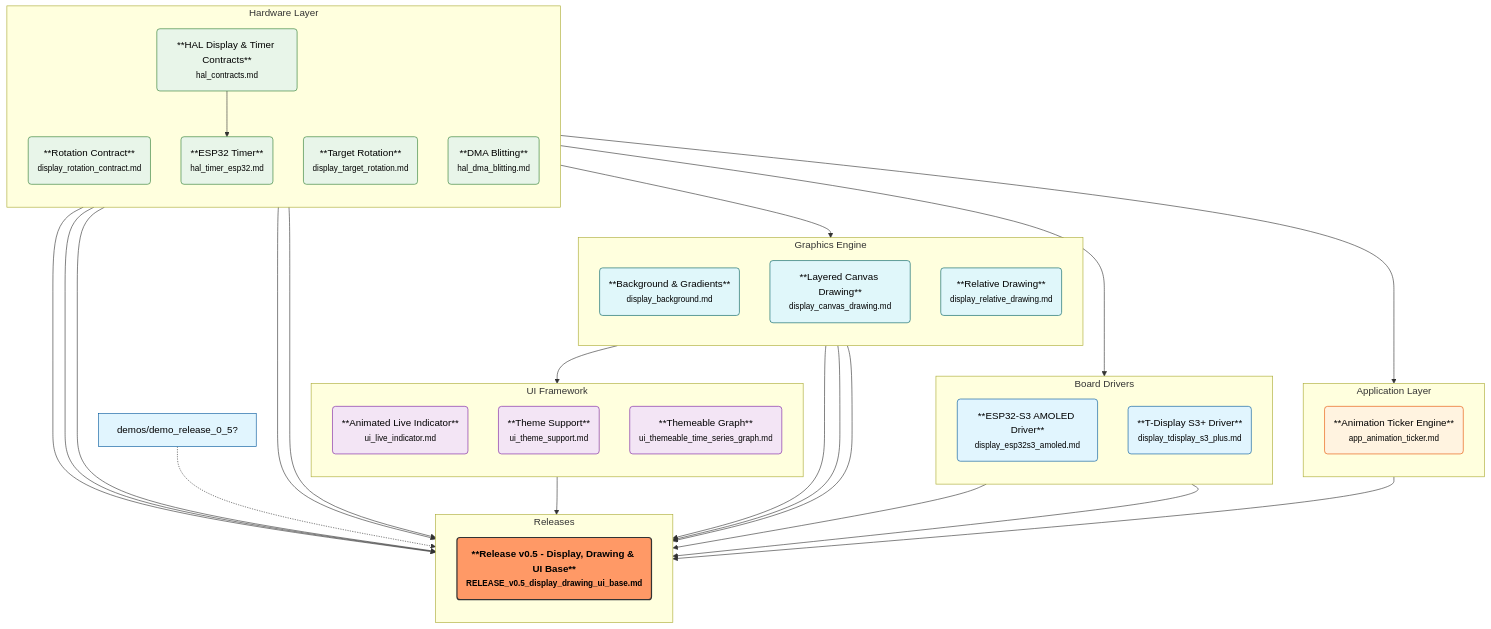
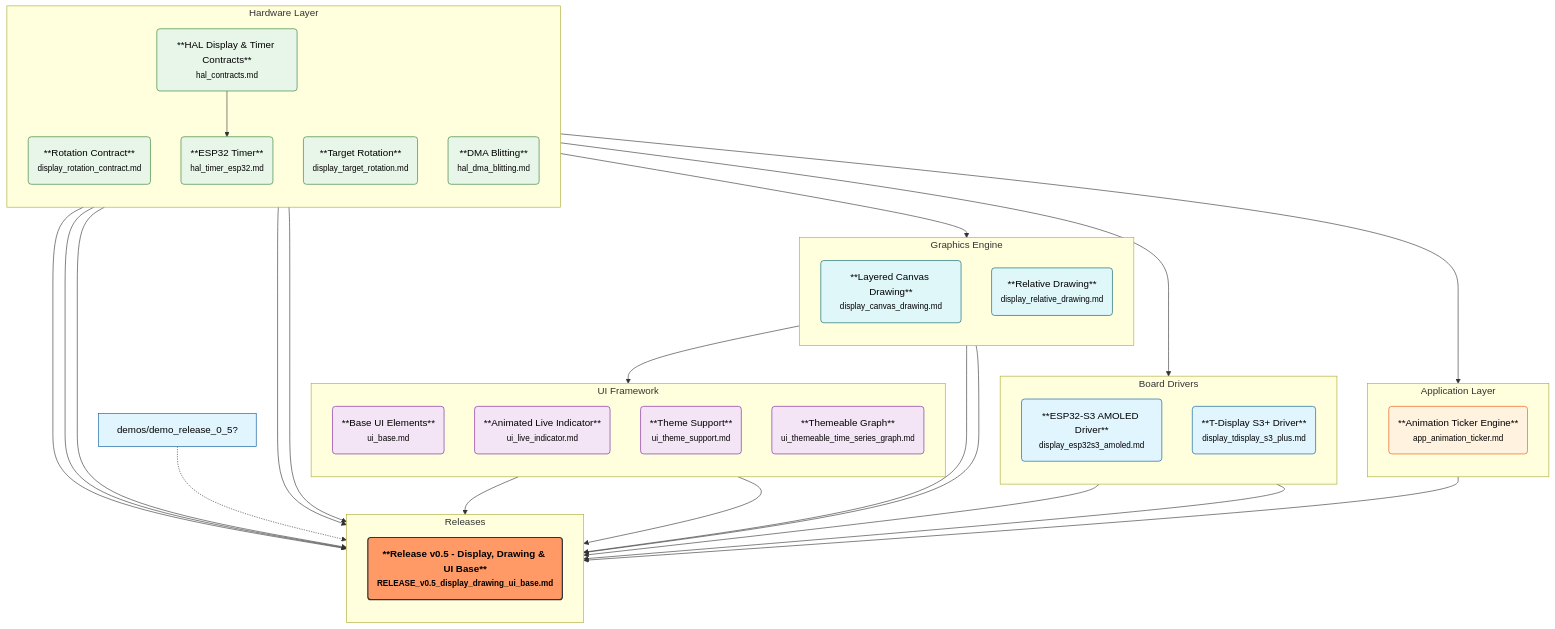
One commit to rlabarca/LPad changed the diagram in feature_graph.mmd. Above: the diagram before and after it, drawn with Mermaid. The commit also changed 1 other file, not shown here.

Commit message:
chore(graph): Regenerate graph after feature file renames

```diff
--- a/feature_graph.mmd
+++ b/feature_graph.mmd
@@ -1,67 +1,67 @@
 graph TD
     %% Styling
     classDef default fill:#e1f5fe,stroke:#01579b,stroke-width:1px,color:black;
     classDef release fill:#f96,stroke:#333,stroke-width:2px,color:black,font-weight:bold;
     classDef hardware fill:#e8f5e9,stroke:#2e7d32,stroke-width:1px,color:black;
     classDef ui fill:#f3e5f5,stroke:#7b1fa2,stroke-width:1px,color:black;
     classDef app fill:#fff3e0,stroke:#e65100,stroke-width:1px,color:black;
     classDef graphics fill:#e0f7fa,stroke:#006064,stroke-width:1px,color:black;
 
     subgraph Application_Layer ["Application Layer"]
         direction TB
         app_animation_ticker("**Animation Ticker Engine**<br/><small>app_animation_ticker.md</small>"):::app
     end
 
     subgraph Board_Drivers ["Board Drivers"]
         direction TB
         display_esp32s3_amoled("**ESP32-S3 AMOLED Driver**<br/><small>display_esp32s3_amoled.md</small>")
         display_tdisplay_s3_plus("**T-Display S3+ Driver**<br/><small>display_tdisplay_s3_plus.md</small>")
     end
 
     subgraph Graphics_Engine ["Graphics Engine"]
         direction TB
-        display_background("**Background & Gradients**<br/><small>display_background.md</small>"):::graphics
         display_canvas_drawing("**Layered Canvas Drawing**<br/><small>display_canvas_drawing.md</small>"):::graphics
         display_relative_drawing("**Relative Drawing**<br/><small>display_relative_drawing.md</small>"):::graphics
     end
 
     subgraph Hardware_Layer ["Hardware Layer"]
         direction TB
         display_rotation_contract("**Rotation Contract**<br/><small>display_rotation_contract.md</small>"):::hardware
         display_target_rotation("**Target Rotation**<br/><small>display_target_rotation.md</small>"):::hardware
         hal_contracts("**HAL Display & Timer Contracts**<br/><small>hal_contracts.md</small>"):::hardware
         hal_dma_blitting("**DMA Blitting**<br/><small>hal_dma_blitting.md</small>"):::hardware
         hal_timer_esp32("**ESP32 Timer**<br/><small>hal_timer_esp32.md</small>"):::hardware
     end
 
     subgraph Releases ["Releases"]
         direction TB
         RELEASE_v0_5_display_drawing_ui_base("**Release v0.5 - Display, Drawing & UI Base**<br/><small>RELEASE_v0.5_display_drawing_ui_base.md</small>"):::release
     end
 
     subgraph UI_Framework ["UI Framework"]
         direction TB
+        ui_base("**Base UI Elements**<br/><small>ui_base.md</small>"):::ui
         ui_live_indicator("**Animated Live Indicator**<br/><small>ui_live_indicator.md</small>"):::ui
         ui_theme_support("**Theme Support**<br/><small>ui_theme_support.md</small>"):::ui
         ui_themeable_time_series_graph("**Themeable Graph**<br/><small>ui_themeable_time_series_graph.md</small>"):::ui
     end
 
     %% Relationships
     hal_contracts --> RELEASE_v0_5_display_drawing_ui_base
     hal_timer_esp32 --> RELEASE_v0_5_display_drawing_ui_base
     hal_dma_blitting --> RELEASE_v0_5_display_drawing_ui_base
     display_rotation_contract --> RELEASE_v0_5_display_drawing_ui_base
     display_target_rotation --> RELEASE_v0_5_display_drawing_ui_base
     display_esp32s3_amoled --> RELEASE_v0_5_display_drawing_ui_base
     display_tdisplay_s3_plus --> RELEASE_v0_5_display_drawing_ui_base
     display_canvas_drawing --> RELEASE_v0_5_display_drawing_ui_base
     display_relative_drawing --> RELEASE_v0_5_display_drawing_ui_base
-    display_background --> RELEASE_v0_5_display_drawing_ui_base
+    ui_base --> RELEASE_v0_5_display_drawing_ui_base
     app_animation_ticker --> RELEASE_v0_5_display_drawing_ui_base
     ui_live_indicator --> RELEASE_v0_5_display_drawing_ui_base
     demos/demo_release_0_5[demos/demo_release_0_5?] -.-> RELEASE_v0_5_display_drawing_ui_base
     hal_contracts --> app_animation_ticker
     hal_contracts --> display_canvas_drawing
     hal_contracts --> display_tdisplay_s3_plus
     hal_contracts --> hal_timer_esp32
     display_canvas_drawing --> ui_theme_support
```
